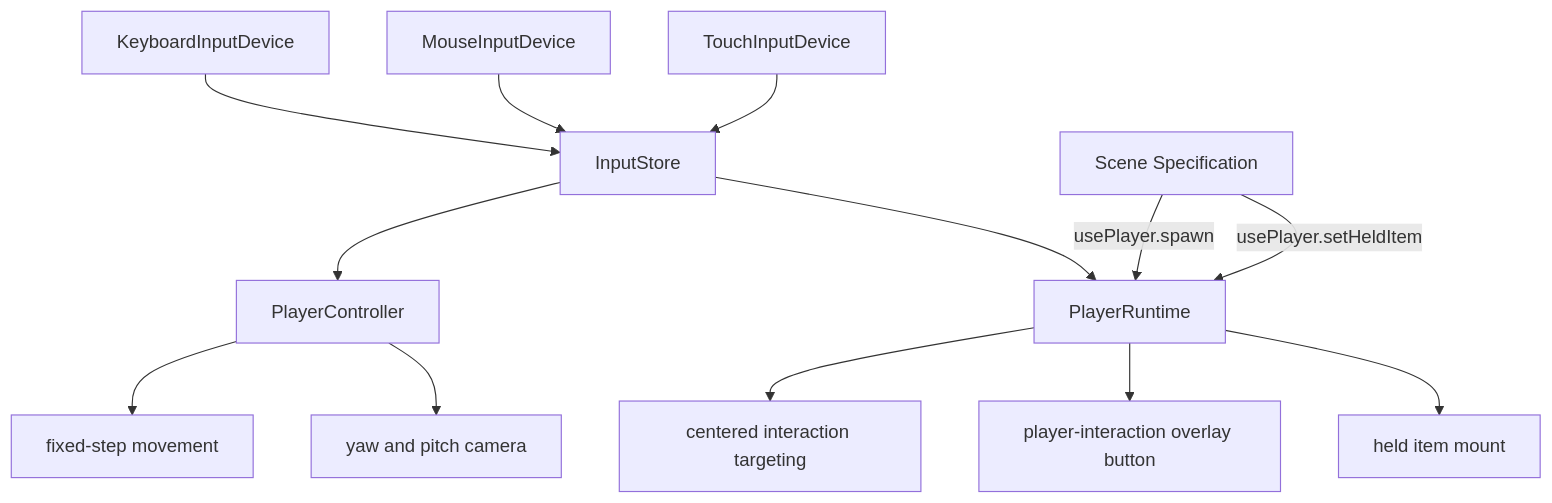
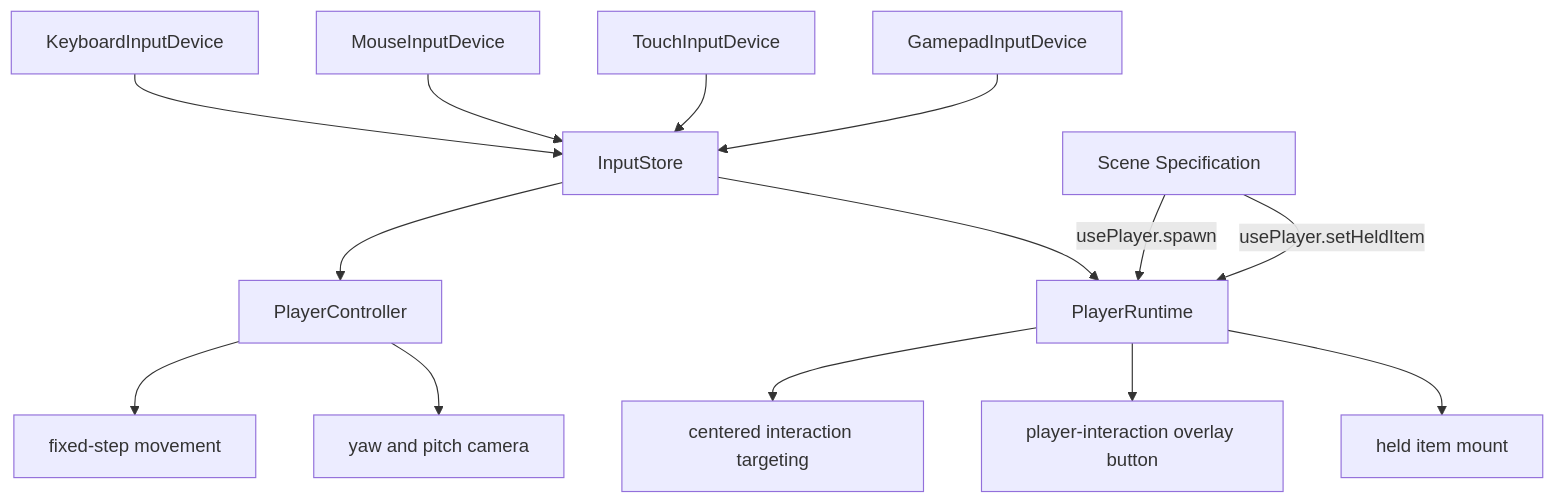
Before and after one commit to raolir/omnipraxis: the ninth of 9 diagrams in docs/architecture.md, drawn with Mermaid. The commit also changed other lines of this file and 10 other files, not shown here.

````diff
--- a/docs/architecture.md
+++ b/docs/architecture.md
@@ -257,18 +259,19 @@
 ```mermaid
 flowchart TD
   KeyboardDevice[KeyboardInputDevice] --> InputStore
   MouseDevice[MouseInputDevice] --> InputStore
   TouchDevice[TouchInputDevice] --> InputStore
+  GamepadDevice[GamepadInputDevice] --> InputStore
 
   InputStore --> PlayerController
   InputStore --> PlayerRuntime
 
   PlayerController --> Movement[fixed-step movement]
   PlayerController --> Camera[yaw and pitch camera]
   PlayerRuntime --> Targeting[centered interaction targeting]
   PlayerRuntime --> InteractionButton[player-interaction overlay button]
   PlayerRuntime --> HeldItem[held item mount]
 
   Scene[Scene Specification] -->|usePlayer.spawn| PlayerRuntime
   Scene -->|usePlayer.setHeldItem| PlayerRuntime
 ```
````
